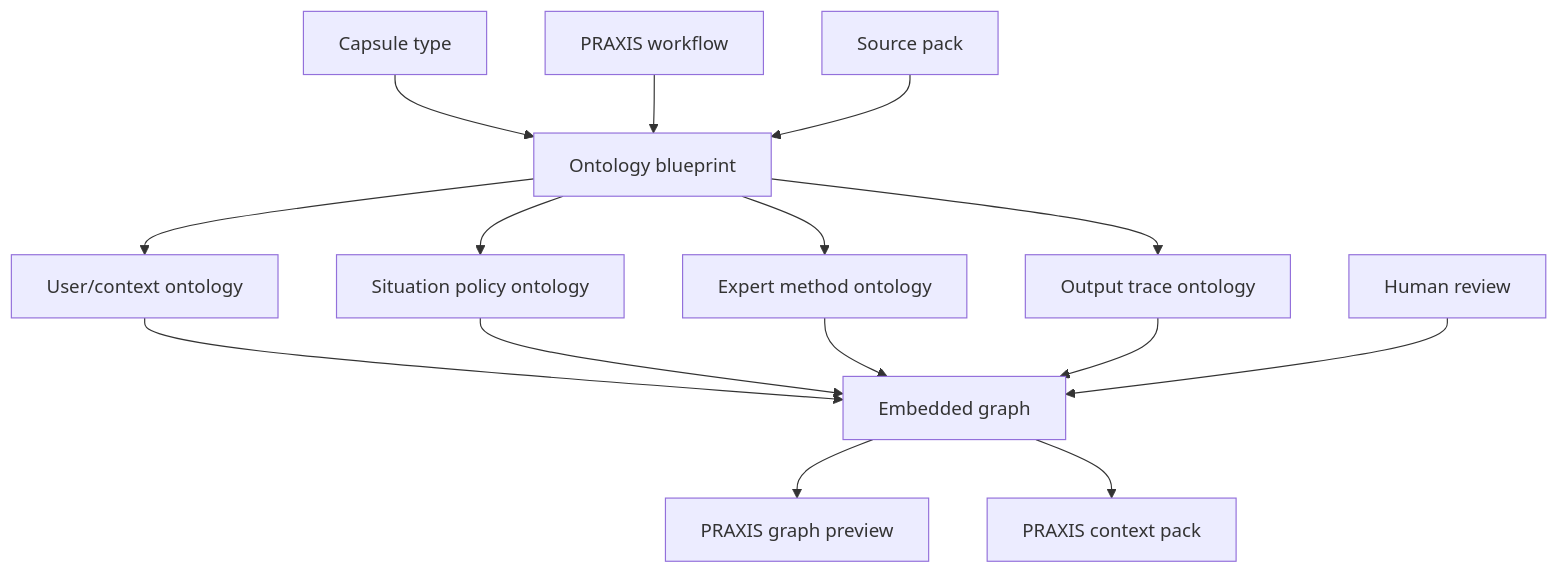
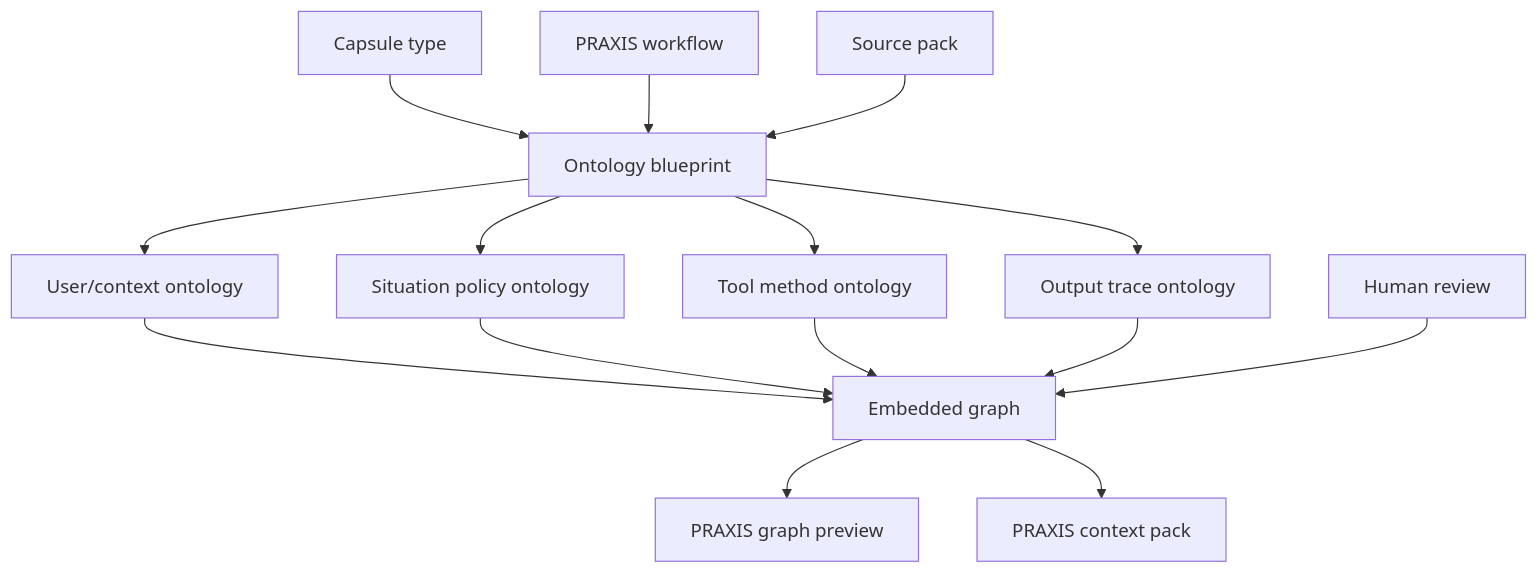
Before and after one commit to sargonxg/A3_DIALECTICAbyTACITUS_v3: the third of 3 diagrams in README.md, drawn with Mermaid. The commit also changed other lines of this file and 32 other files, not shown here.

````diff
--- a/README.md
+++ b/README.md
@@ -365,17 +387,17 @@
 ```mermaid
 flowchart TB
   Type["Capsule type"] --> Planner["Ontology blueprint"]
   Workflow["PRAXIS workflow"] --> Planner
   Sources["Source pack"] --> Planner
   Planner --> User["User/context ontology"]
   Planner --> Situation["Situation policy ontology"]
-  Planner --> Method["Expert method ontology"]
+  Planner --> Method["Tool method ontology"]
   Planner --> Output["Output trace ontology"]
   User --> Graph["Embedded graph"]
   Situation --> Graph
   Method --> Graph
   Output --> Graph
   Graph --> Preview["PRAXIS graph preview"]
   Graph --> Pack["PRAXIS context pack"]
   Review["Human review"] --> Graph
 ```
````
